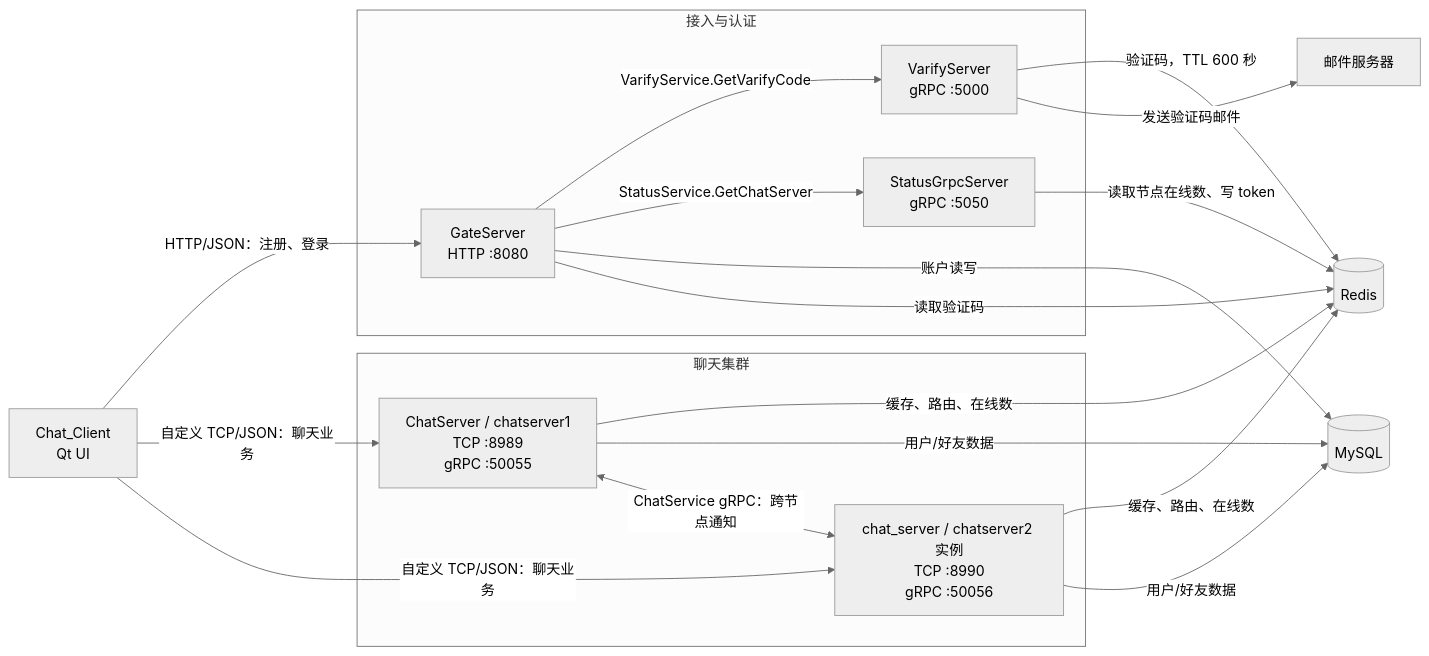
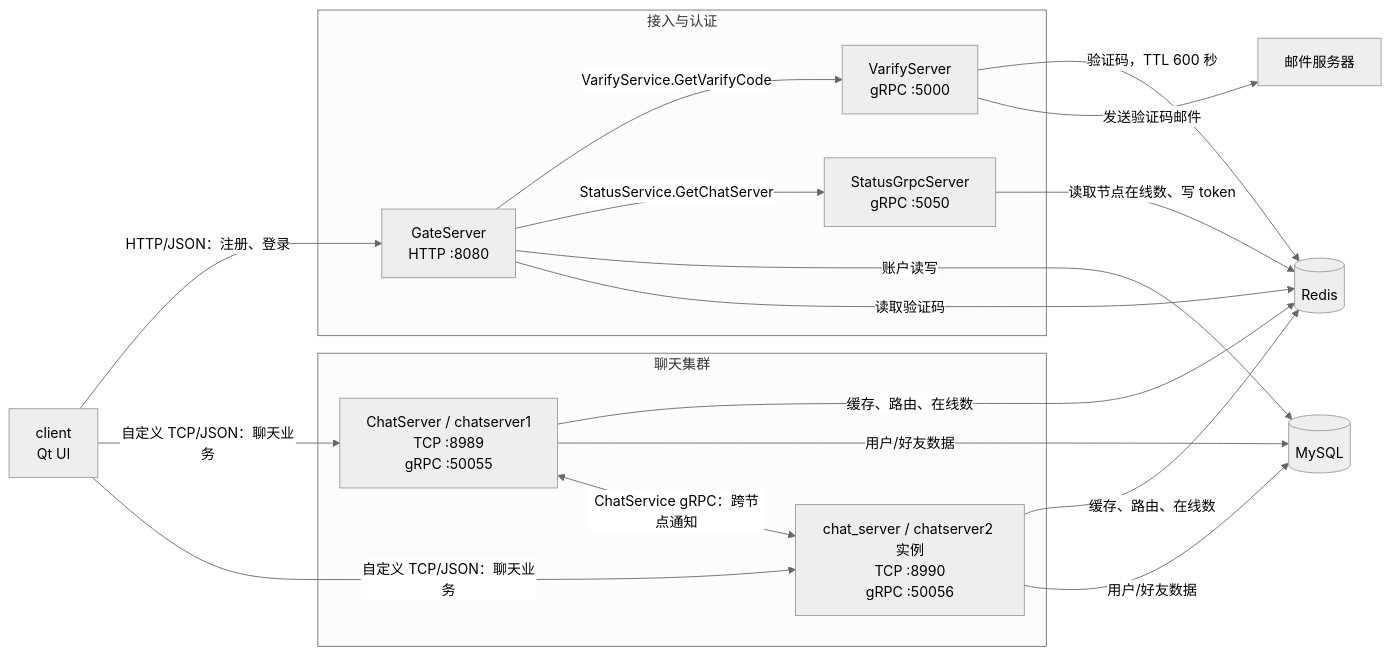
The first of 5 diagrams in CODEGRAPH.md (which-W/distributed-chat-system), drawn with Mermaid (neutral theme) before and after one commit. The commit also changed other lines of this file and 168 other files, not shown here.

````diff
--- a/CODEGRAPH.md
+++ b/CODEGRAPH.md
@@ -20,39 +20,39 @@
 ```mermaid
 flowchart LR
-    Client["Chat_Client<br/>Qt UI"]
+    Client["client<br/>Qt UI"]
 
     subgraph Access[接入与认证]
         Gate["GateServer<br/>HTTP :8080"]
         Verify["VarifyServer<br/>gRPC :5000"]
         Status["StatusGrpcServer<br/>gRPC :5050"]
     end
 
     subgraph ChatCluster[聊天集群]
         Chat1["ChatServer / chatserver1<br/>TCP :8989<br/>gRPC :50055"]
         Chat2["chat_server / chatserver2 实例<br/>TCP :8990<br/>gRPC :50056"]
     end
 
     Redis[(Redis)]
     MySQL[(MySQL)]
     SMTP[邮件服务器]
 
     Client -->|HTTP/JSON：注册、登录| Gate
     Client -->|自定义 TCP/JSON：聊天业务| Chat1
     Client -->|自定义 TCP/JSON：聊天业务| Chat2
 
     Gate -->|VarifyService.GetVarifyCode| Verify
     Gate -->|StatusService.GetChatServer| Status
     Gate -->|账户读写| MySQL
     Gate -->|读取验证码| Redis
 
     Verify -->|验证码，TTL 600 秒| Redis
     Verify -->|发送验证码邮件| SMTP
 
     Status -->|读取节点在线数、写 token| Redis
     Chat1 -->|缓存、路由、在线数| Redis
     Chat2 -->|缓存、路由、在线数| Redis
     Chat1 -->|用户/好友数据| MySQL
     Chat2 -->|用户/好友数据| MySQL
 
     Chat1 <-->|ChatService gRPC：跨节点通知| Chat2
 ```
````
